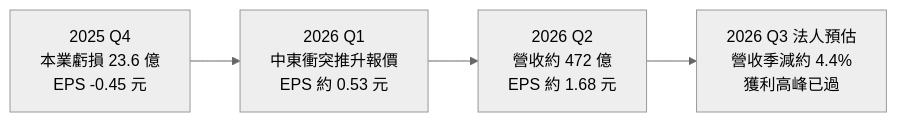
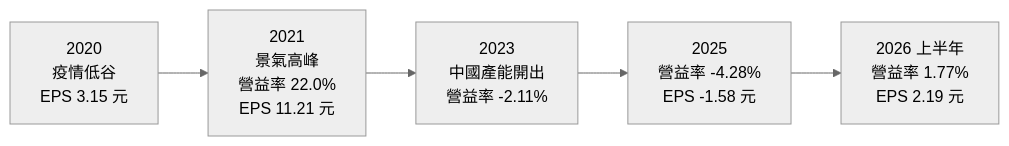
Before and after one commit to wangnick1004/taiwan-stock-vault: the third of 4 diagrams in 個股/台股/1301台塑.md, drawn with Mermaid (neutral theme). The commit also changed other lines of this file and 27 other files, not shown here.

````diff
--- a/個股/台股/1301台塑.md
+++ b/個股/台股/1301台塑.md
@@ -143,4 +144,4 @@
 ```mermaid
 flowchart LR
-    Q4["2025 Q4<br/>本業虧損 23.6 億<br/>EPS -0.45 元"] --> Q1["2026 Q1<br/>中東衝突推升報價<br/>EPS 約 0.53 元"] --> Q2["2026 Q2<br/>營收約 472 億<br/>EPS 約 1.68 元"] --> Q3["2026 Q3 法人預估<br/>營收季減約 4.4%<br/>獲利高峰已過"]
+    Y20["2020<br/>疫情低谷<br/>EPS 3.15 元"] --> Y21["2021<br/>景氣高峰<br/>營益率 22.0%<br/>EPS 11.21 元"] --> Y23["2023<br/>中國產能開出<br/>營益率 -2.11%"] --> Y25["2025<br/>營益率 -4.28%<br/>EPS -1.58 元"] --> H26["2026 上半年<br/>營益率 1.77%<br/>EPS 2.19 元"]
 ```
````
